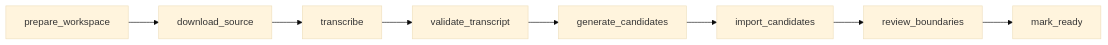
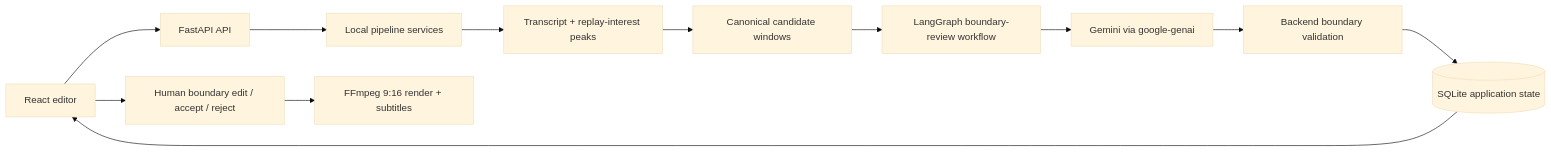
One commit to s194586/AI-Podcast-Clip-Cutter changed the diagram in README.md. Above: the diagram before and after it, drawn with Mermaid (base theme). The commit also changed other lines of this file and 49 other files, not shown here.

First line of the commit message:
feat: complete Gemini boundary review Sprint 2

````diff
--- a/README.md
+++ b/README.md
@@ -130,10 +33,14 @@
 ```mermaid
 flowchart LR
-  A[prepare_workspace] --> B[download_source]
-  B --> C[transcribe]
-  C --> D[validate_transcript]
-  D --> E[generate_candidates]
-  E --> F[import_candidates]
-  F --> G[review_boundaries]
-  G --> H[mark_ready]
+  U[React editor] --> A[FastAPI API]
+  A --> P[Local pipeline services]
+  P --> T[Transcript + replay-interest peaks]
+  T --> C[Canonical candidate windows]
+  C --> R[LangGraph boundary-review workflow]
+  R --> G[Gemini via google-genai]
+  G --> V[Backend boundary validation]
+  V --> D[(SQLite application state)]
+  D --> U
+  U --> E[Human boundary edit / accept / reject]
+  E --> F[FFmpeg 9:16 render + subtitles]
 ```
````
